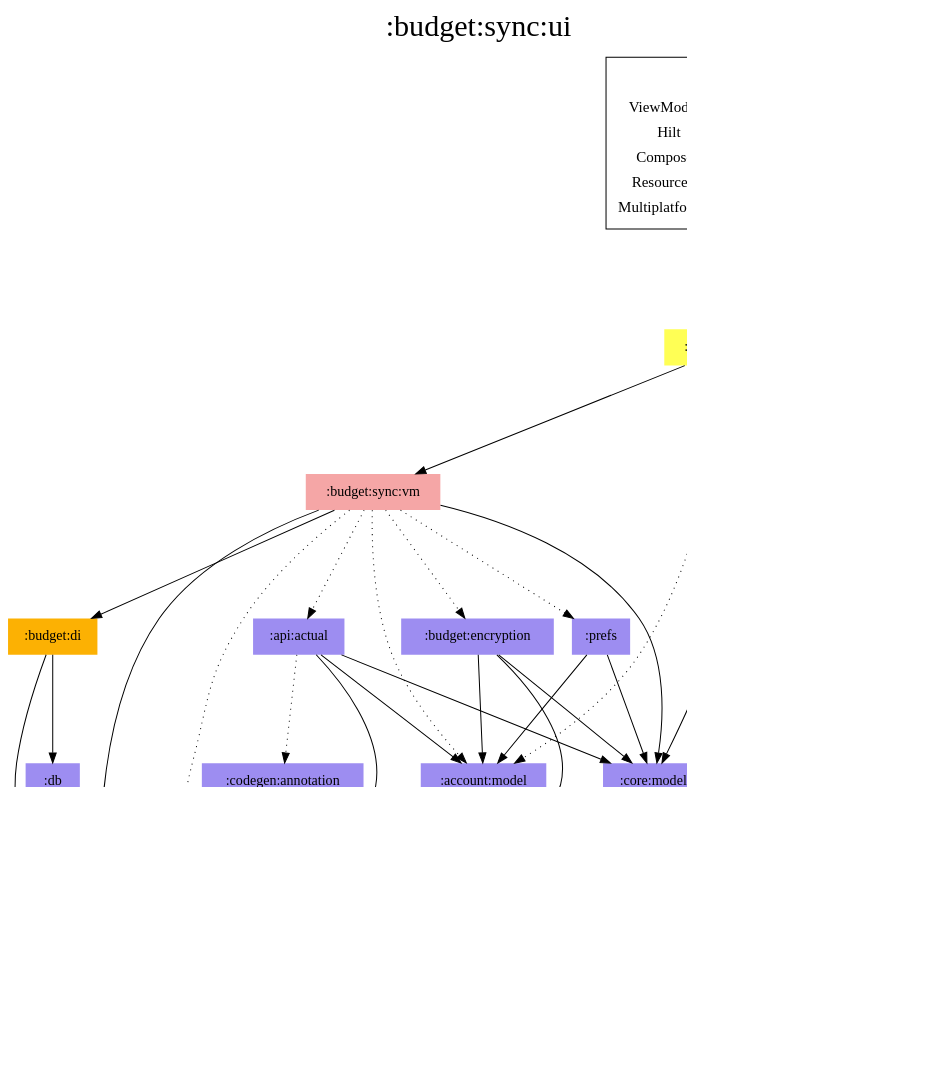
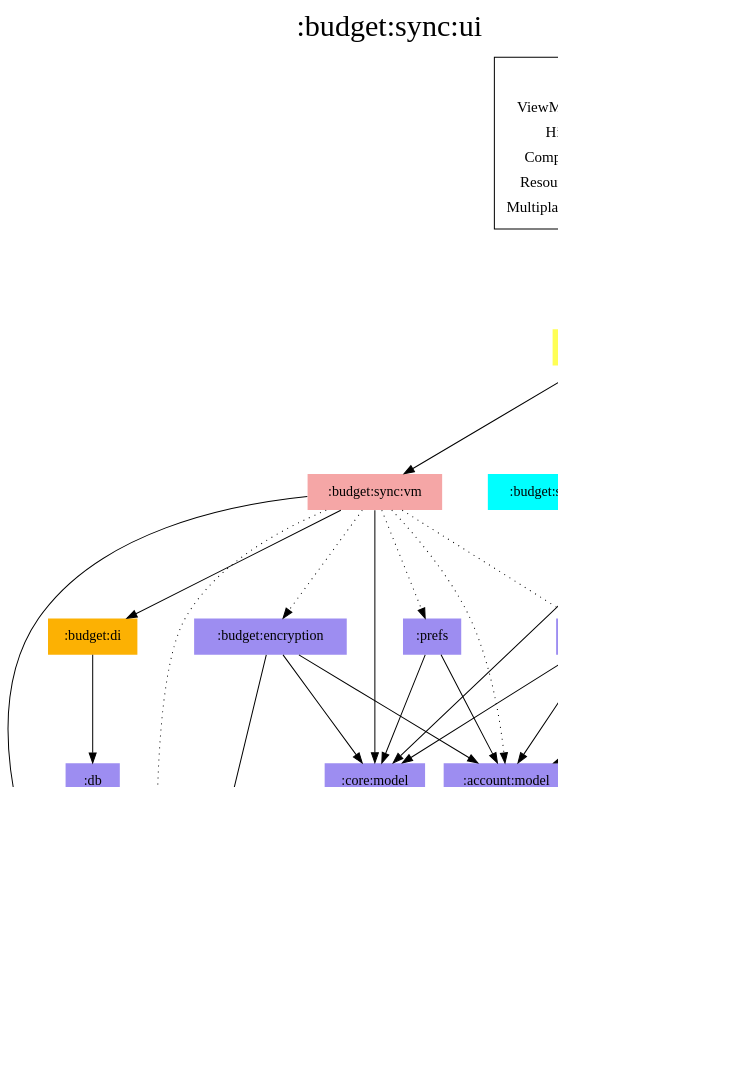
The diagram in modules/budget/sync/ui/modules.dot (jonapoul/aktual), drawn with Graphviz before and after one commit. The commit also changed 17 other files, not shown here.

```diff
--- a/modules/budget/sync/ui/modules.dot
+++ b/modules/budget/sync/ui/modules.dot
@@ -1,65 +1,64 @@
 digraph {
 edge ["dir"="forward"]
 graph ["dpi"="100","label"=":budget:sync:ui","labelloc"="t","fontsize"="30","ranksep"="1.5","rankdir"="TB"]
 node ["style"="filled"]
 ":account:model" ["fillcolor"="#9D8DF1","shape"="none"]
 ":api:actual" ["fillcolor"="#9D8DF1","shape"="none"]
 ":budget:di" ["fillcolor"="#FCB103","shape"="none"]
 ":budget:encryption" ["fillcolor"="#9D8DF1","shape"="none"]
 ":budget:model" ["fillcolor"="#9D8DF1","shape"="none"]
 ":budget:sync:res" ["fillcolor"="#00FFFF","shape"="none"]
 ":budget:sync:ui" ["fillcolor"="#FFFF55","shape"="none"]
 ":budget:sync:vm" ["fillcolor"="#F5A6A6","shape"="none"]
 ":codegen:annotation" ["fillcolor"="#9D8DF1","shape"="none"]
 ":core:files" ["fillcolor"="#9D8DF1","shape"="none"]
 ":core:model" ["fillcolor"="#9D8DF1","shape"="none"]
 ":core:res" ["fillcolor"="#00FFFF","shape"="none"]
 ":core:ui" ["fillcolor"="#FFFF55","shape"="none"]
 ":db" ["fillcolor"="#9D8DF1","shape"="none"]
 ":prefs" ["fillcolor"="#9D8DF1","shape"="none"]
 {
 edge ["dir"="none"]
 graph ["rank"="same"]
 }
 ":api:actual" -> ":account:model"
 ":api:actual" -> ":budget:model"
 ":api:actual" -> ":codegen:annotation" ["style"="dotted"]
 ":api:actual" -> ":core:model"
-":budget:di" -> ":budget:model"
 ":budget:di" -> ":db"
 ":budget:encryption" -> ":account:model"
 ":budget:encryption" -> ":budget:model"
 ":budget:encryption" -> ":core:model"
 ":budget:sync:ui" -> ":account:model" ["style"="dotted"]
 ":budget:sync:ui" -> ":budget:sync:res" ["style"="dotted"]
 ":budget:sync:ui" -> ":budget:sync:vm"
 ":budget:sync:ui" -> ":core:ui"
 ":budget:sync:vm" -> ":account:model" ["style"="dotted"]
 ":budget:sync:vm" -> ":api:actual" ["style"="dotted"]
 ":budget:sync:vm" -> ":budget:di"
 ":budget:sync:vm" -> ":budget:encryption" ["style"="dotted"]
 ":budget:sync:vm" -> ":budget:model" ["style"="dotted"]
 ":budget:sync:vm" -> ":core:files"
 ":budget:sync:vm" -> ":core:model"
 ":budget:sync:vm" -> ":prefs" ["style"="dotted"]
 ":core:files" -> ":budget:model"
 ":core:ui" -> ":core:model"
 ":core:ui" -> ":core:res" ["style"="dotted"]
 ":db" -> ":budget:model"
 ":db" -> ":core:files"
 ":prefs" -> ":account:model"
 ":prefs" -> ":core:model"
 subgraph "cluster_legend" {
 edge ["dir"="none"]
 graph ["label"="Legend","fontsize"="20"]
 "Legend" ["style"="filled","fillcolor"="#FFFFFF","shape"="none","margin"="0","fontsize"="15","label"=<
 <TABLE BORDER="0" CELLBORDER="0" CELLSPACING="0" CELLPADDING="4">
 <TR><TD>ViewModel</TD><TD BGCOLOR="#F5A6A6">module-name</TD></TR>
 <TR><TD>Hilt</TD><TD BGCOLOR="#FCB103">module-name</TD></TR>
 <TR><TD>Compose</TD><TD BGCOLOR="#FFFF55">module-name</TD></TR>
 <TR><TD>Resources</TD><TD BGCOLOR="#00FFFF">module-name</TD></TR>
 <TR><TD>Multiplatform</TD><TD BGCOLOR="#9D8DF1">module-name</TD></TR>
 </TABLE>
 >]
 } -> ":budget:sync:ui" ["style"="invis"]
 }
```
